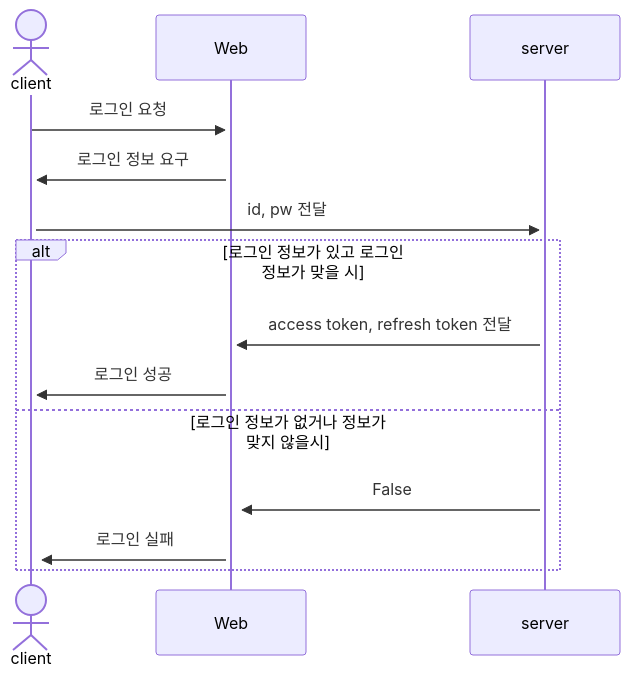
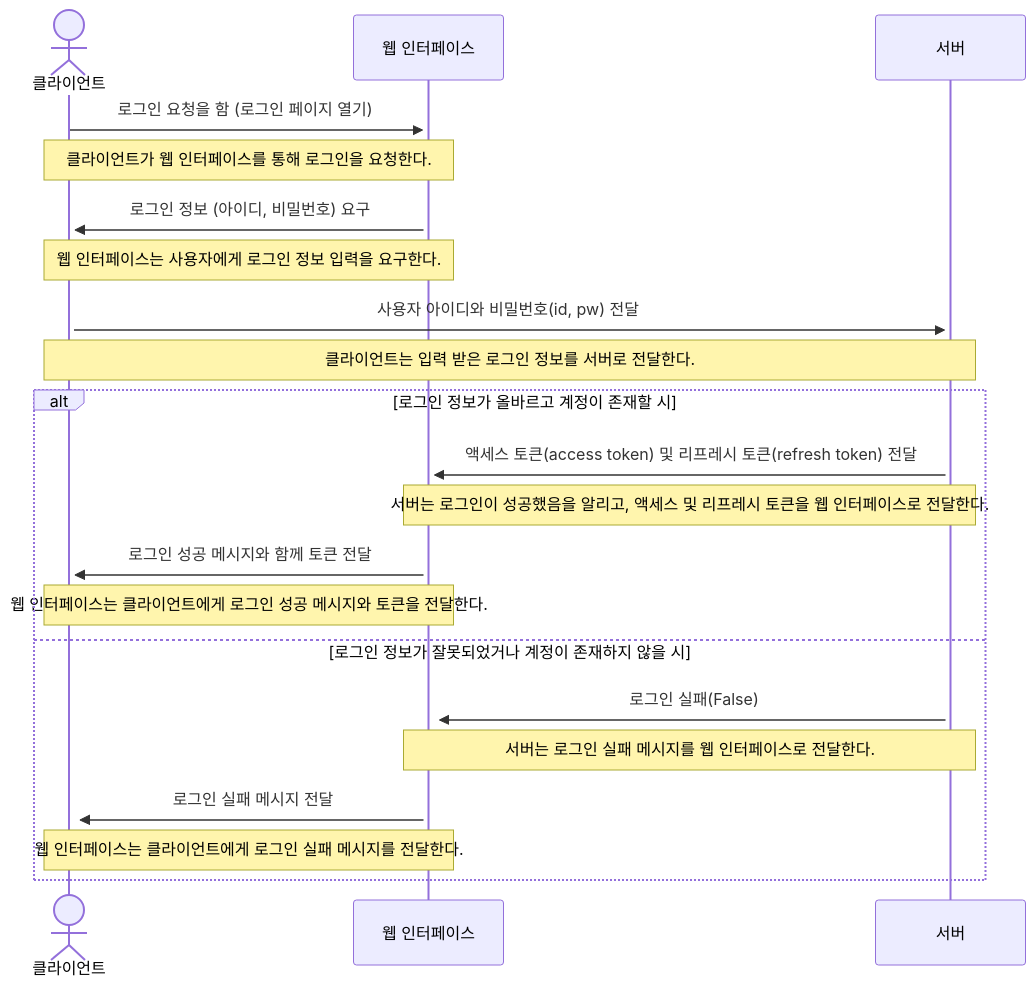
One commit to SungjaeS/SURI changed the first of 5 diagrams in readme.md. Above: the diagram before and after it, drawn with Mermaid.

````diff
--- a/readme.md
+++ b/readme.md
@@ -155,16 +155,30 @@
 ```mermaid
-    sequenceDiagram
-    actor A as client
-    participant B as Web
-    participant C as server
-    A->>+B: 로그인 요청
-    B->>+A: 로그인 정보 요구
-    A->>+C: id, pw 전달
-    alt 로그인 정보가 있고 로그인 정보가 맞을 시
-    C->>+B: access token, refresh token 전달
-    B->>+A: 로그인 성공
-    else 로그인 정보가 없거나 정보가 맞지 않을시
-    C->>+B: False
-    B->>+A: 로그인 실패
+sequenceDiagram
+    actor A as 클라이언트
+    participant B as 웹 인터페이스
+    participant C as 서버
+
+    A->>+B: 로그인 요청을 함 (로그인 페이지 열기)
+    Note over A,B: 클라이언트가 웹 인터페이스를 통해 로그인을 요청한다.
+
+    B->>+A: 로그인 정보 (아이디, 비밀번호) 요구
+    Note over B,A: 웹 인터페이스는 사용자에게 로그인 정보 입력을 요구한다.
+
+    A->>+C: 사용자 아이디와 비밀번호(id, pw) 전달
+    Note over A,C: 클라이언트는 입력 받은 로그인 정보를 서버로 전달한다.
+
+    alt 로그인 정보가 올바르고 계정이 존재할 시
+        C->>+B: 액세스 토큰(access token) 및 리프레시 토큰(refresh token) 전달
+        Note over C,B: 서버는 로그인이 성공했음을 알리고, 액세스 및 리프레시 토큰을 웹 인터페이스로 전달한다.
+
+        B->>+A: 로그인 성공 메시지와 함께 토큰 전달
+        Note over B,A: 웹 인터페이스는 클라이언트에게 로그인 성공 메시지와 토큰을 전달한다.
+    else 로그인 정보가 잘못되었거나 계정이 존재하지 않을 시
+        C->>+B: 로그인 실패(False)
+        Note over C,B: 서버는 로그인 실패 메시지를 웹 인터페이스로 전달한다.
+
+        B->>+A: 로그인 실패 메시지 전달
+        Note over B,A: 웹 인터페이스는 클라이언트에게 로그인 실패 메시지를 전달한다.
     end
+
 ```
````
